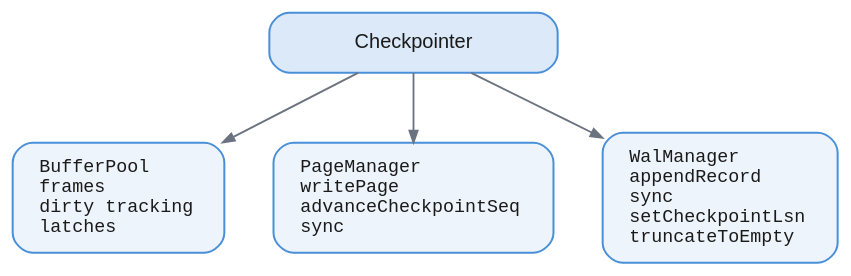
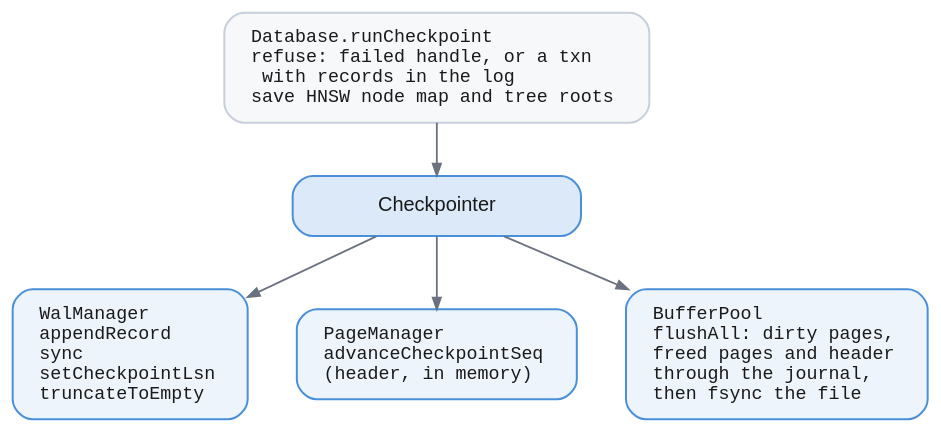
The diagram in book/diagrams/checkpointer-integration.dot (jeffhajewski/latticedb), drawn with Graphviz before and after one commit. The commit also changed 20 other files, not shown here.

First line of the commit message:
Describe the journaled flush and current commit path in the storage pages

```diff
--- a/book/diagrams/checkpointer-integration.dot
+++ b/book/diagrams/checkpointer-integration.dot
@@ -1,26 +1,32 @@
-// The checkpointer coordinates three subsystems; it owns none of them.
+// The database decides whether a checkpoint may run and puts the state that
+// lives outside the buffer pool into it; the checkpointer then coordinates the
+// log, the page manager and the buffer pool's journaled flush. It owns none of
+// them.
 digraph checkpointer_integration {
   bgcolor="transparent"
   rankdir=TB
   nodesep=0.4
-  ranksep=0.5
+  ranksep=0.45
   fontname="Helvetica,Arial,sans-serif"
   node [shape=box style="filled,rounded" fillcolor="#eef4fb" color="#4a90d9"
         penwidth=1.2 fontname="Helvetica,Arial,sans-serif" fontsize=12
         fontcolor="#1a1a1a" margin="0.22,0.13"]
   edge [color="#6b7280" penwidth=1.1 arrowsize=0.7]
 
+  db   [label="Database.runCheckpoint\lrefuse: failed handle, or a txn\l  with records in the log\lsave HNSW node map and tree roots\l"
+        fillcolor="#f6f8fa" color="#c7d0da" fontname="Menlo,Consolas,monospace" fontsize=11]
   ckpt [label="Checkpointer" fillcolor="#dbe9f8" width=2.4]
 
-  pool [label="BufferPool\lframes\ldirty tracking\llatches\l"
-        fontname="Menlo,Consolas,monospace" fontsize=11]
-  pgm  [label="PageManager\lwritePage\ladvanceCheckpointSeq\lsync\l"
-        fontname="Menlo,Consolas,monospace" fontsize=11]
   wal  [label="WalManager\lappendRecord\lsync\lsetCheckpointLsn\ltruncateToEmpty\l"
         fontname="Menlo,Consolas,monospace" fontsize=11]
+  pgm  [label="PageManager\ladvanceCheckpointSeq\l(header, in memory)\l"
+        fontname="Menlo,Consolas,monospace" fontsize=11]
+  pool [label="BufferPool\lflushAll: dirty pages,\lfreed pages and header\lthrough the journal,\lthen fsync the file\l"
+        fontname="Menlo,Consolas,monospace" fontsize=11]
 
+  db -> ckpt
+  ckpt -> wal
+  ckpt -> pgm
   ckpt -> pool
-  ckpt -> pgm
-  ckpt -> wal
-  { rank=same; pool; pgm; wal }
+  { rank=same; wal; pgm; pool }
 }
```
